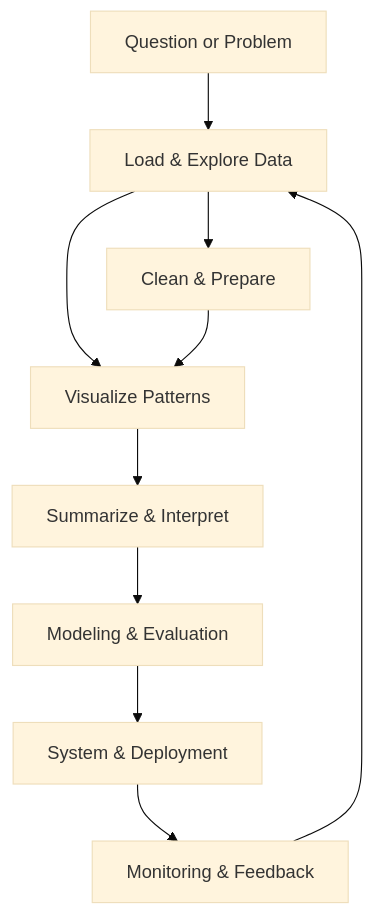
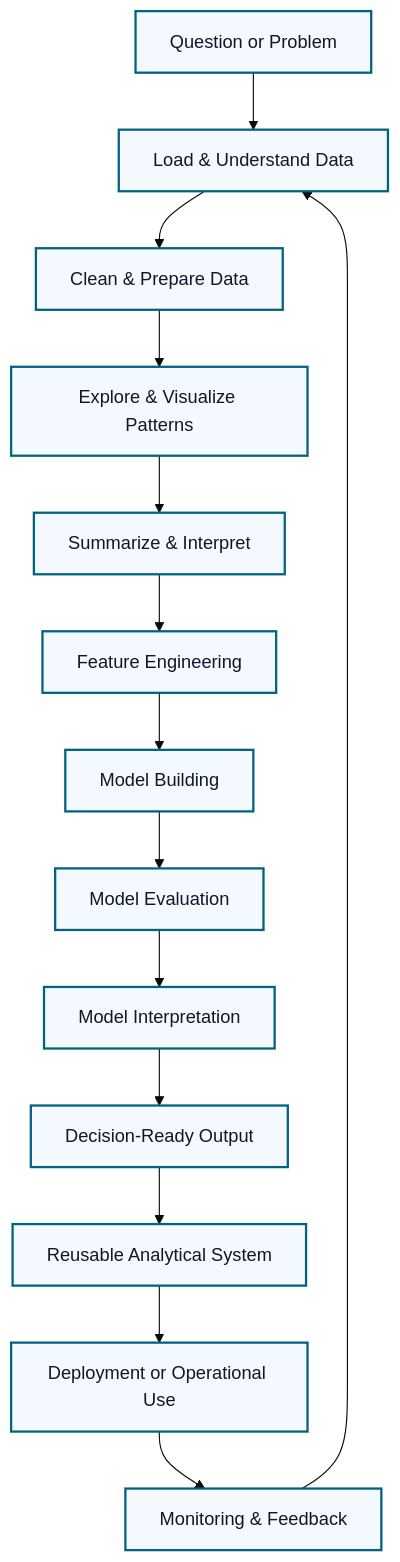
Before and after one commit to datainsights/applied-data-science: the first of 3 diagrams in 00-preface.qmd, drawn with Mermaid (base theme). The commit also changed other lines of this file and 59 other files, not shown here.

````diff
--- a/00-preface.qmd
+++ b/00-preface.qmd
@@ -108,16 +127,24 @@
 ```{mermaid}
 flowchart TB
-  A[Question or Problem] --> B[Load & Explore Data]
 
-  B --> C[Clean & Prepare]
-  B --> D[Visualize Patterns]
+  A[Question or Problem] --> B[Load & Understand Data]
 
-  C --> D
+  B --> C[Clean & Prepare Data]
+  C --> D[Explore & Visualize Patterns]
   D --> E[Summarize & Interpret]
 
-  E --> F[Modeling & Evaluation]
-  F --> G[System & Deployment]
+  E --> F[Feature Engineering]
+  F --> G[Model Building]
+  G --> H[Model Evaluation]
+  H --> I[Model Interpretation]
 
-  G --> H[Monitoring & Feedback]
-  H --> B
+  I --> J[Decision-Ready Output]
+  J --> K[Reusable Analytical System]
+
+  K --> L[Deployment or Operational Use]
+  L --> M[Monitoring & Feedback]
+  M --> B
+
+  classDef stage fill:#f4f8ff,stroke:#036281,stroke-width:2px,color:#0f172a;
+  class A,B,C,D,E,F,G,H,I,J,K,L,M stage;
 ```
````
